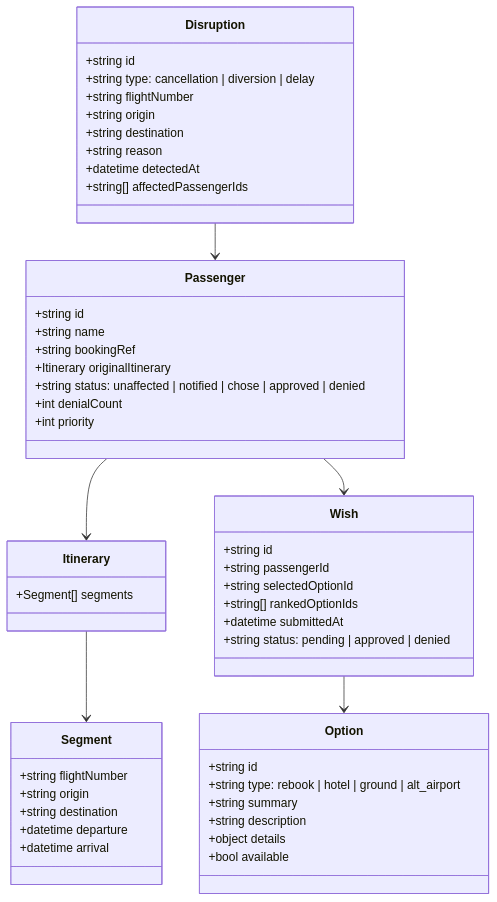
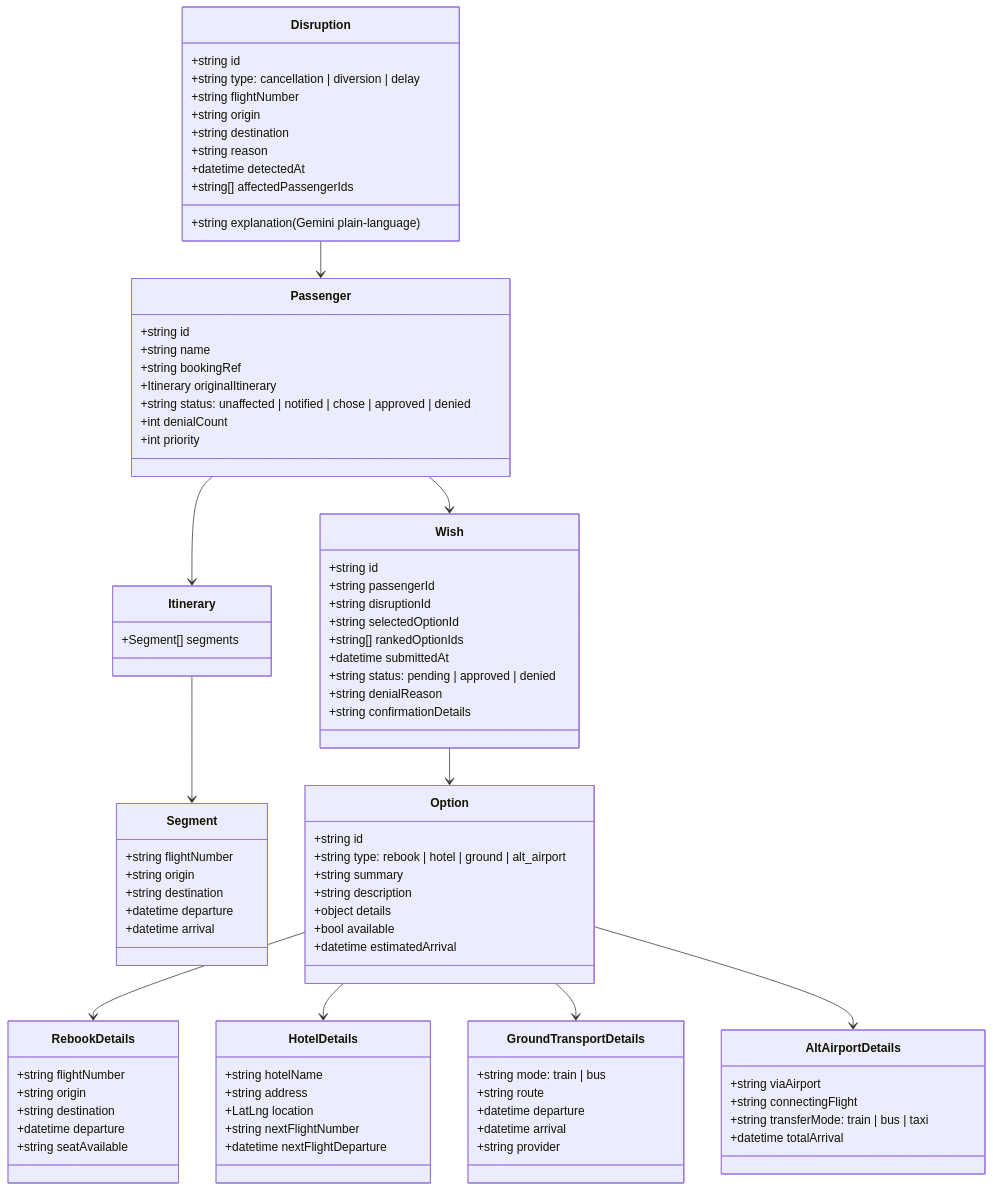
The tenth of 12 diagrams in docs/architecture.md (sussdorff/soft-landing), drawn with Mermaid before and after one commit. The commit also changed other lines of this file, not shown here.

Commit message:
docs: extend API contract with WS paths, option detail types, and full REST endpoints
Add WebSocket connection paths, message envelope format, option detail
subtypes (RebookDetails, HotelDetails, GroundTransportDetails,
AltAirportDetails), passenger profile endpoint for manual resolution,
disruption explanation field, and auth notes for hackathon scope.

```diff
--- a/docs/architecture.md
+++ b/docs/architecture.md
@@ -353,6 +353,7 @@
         +string origin
         +string destination
         +string reason
+        +string explanation (Gemini plain-language)
         +datetime detectedAt
         +string[] affectedPassengerIds
     }
@@ -386,15 +387,55 @@
         +string description
         +object details
         +bool available
+        +datetime estimatedArrival
     }
+
+    class RebookDetails {
+        +string flightNumber
+        +string origin
+        +string destination
+        +datetime departure
+        +string seatAvailable
+    }
+
+    class HotelDetails {
+        +string hotelName
+        +string address
+        +LatLng location
+        +string nextFlightNumber
+        +datetime nextFlightDeparture
+    }
+
+    class GroundTransportDetails {
+        +string mode: train | bus
+        +string route
+        +datetime departure
+        +datetime arrival
+        +string provider
+    }
+
+    class AltAirportDetails {
+        +string viaAirport
+        +string connectingFlight
+        +string transferMode: train | bus | taxi
+        +datetime totalArrival
+    }
+
+    Option --> RebookDetails
+    Option --> HotelDetails
+    Option --> GroundTransportDetails
+    Option --> AltAirportDetails
 
     class Wish {
         +string id
         +string passengerId
+        +string disruptionId
         +string selectedOptionId
         +string[] rankedOptionIds
         +datetime submittedAt
         +string status: pending | approved | denied
+        +string denialReason
+        +string confirmationDetails
     }
 
     Passenger --> Itinerary
```
